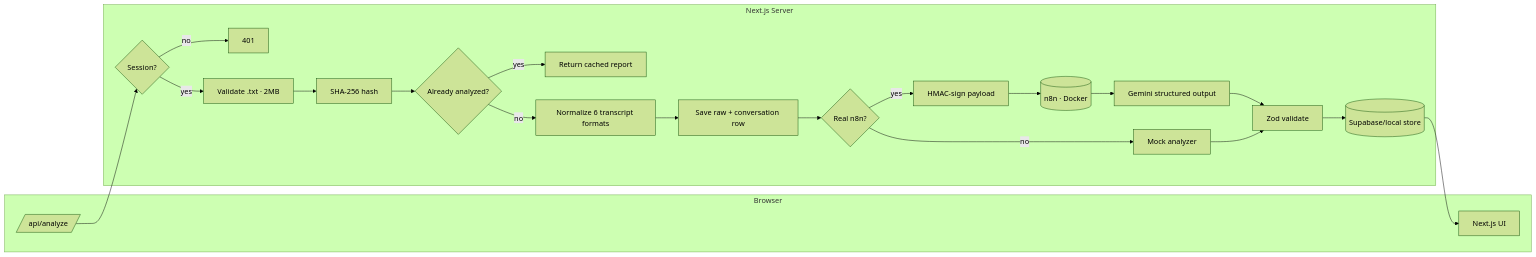
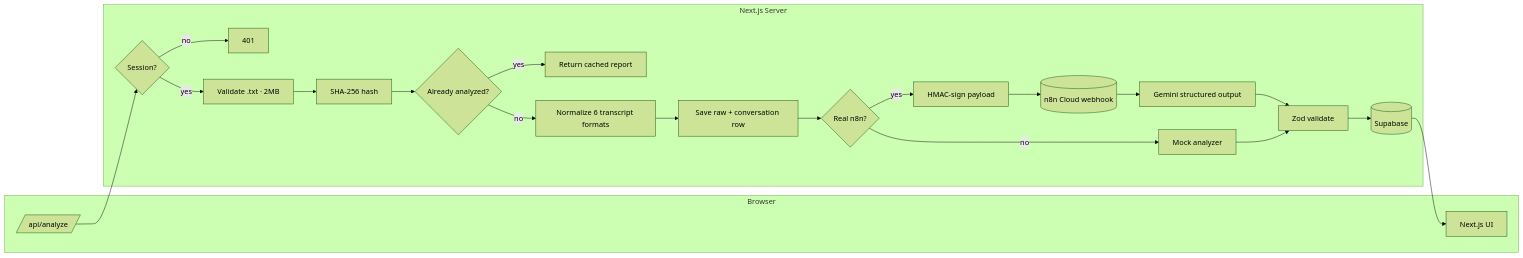
The diagram in README.md (yantr-manav/CallLens), drawn with Mermaid (forest theme) before and after one commit. The commit also changed other lines of this file and 15 other files, not shown here.

````diff
--- a/README.md
+++ b/README.md
@@ -18,26 +16,26 @@
 ```mermaid
 flowchart LR
     subgraph Browser
         UI[Next.js UI]
         API[/api/analyze/]
     end
     subgraph Next.js Server
         API --> AUTH{Session?}
         AUTH -- no --> 401
         AUTH -- yes --> VAL[Validate .txt · 2MB]
         VAL --> HASH[SHA-256 hash]
         HASH --> IDEM{Already analyzed?}
         IDEM -- yes --> CACHED[Return cached report]
         IDEM -- no --> NORM[Normalize 6 transcript formats]
         NORM --> PERSIST[Save raw + conversation row]
         PERSIST --> PIPELINE{Real n8n?}
         PIPELINE -- no --> MOCK[Mock analyzer]
         PIPELINE -- yes --> HMAC[HMAC-sign payload]
-        HMAC --> N8N[(n8n · Docker)]
+        HMAC --> N8N[(n8n Cloud webhook)]
         N8N --> GEM[Gemini structured output]
         GEM --> ZOD[Zod validate]
-        ZOD --> STORE[(Supabase/local store)]
+        ZOD --> STORE[(Supabase)]
         STORE --> UI
     end
     MOCK --> ZOD
 ```
````
